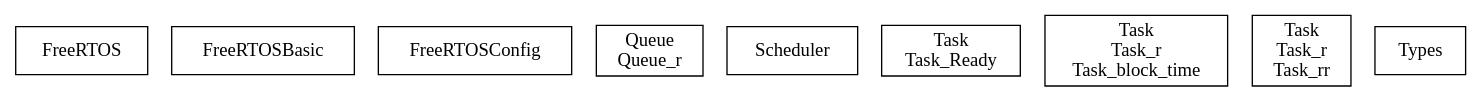
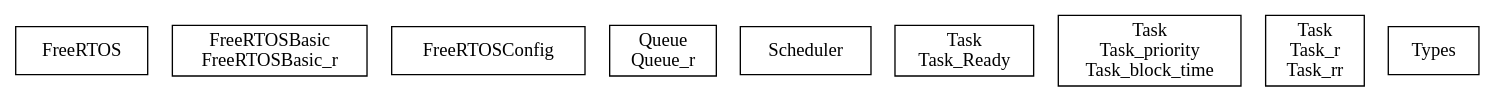
The diagram in FreeRTOS/bdp/FreeRTOS.dot (ismo1652/freertosb), drawn with Graphviz before and after one commit. The commit also changed 37 other files, not shown here.

Commit message:
Starting the specification of block time in the task

```diff
--- a/FreeRTOS/bdp/FreeRTOS.dot
+++ b/FreeRTOS/bdp/FreeRTOS.dot
@@ -1,12 +1,12 @@
 digraph {
 FreeRTOS [ label=" FreeRTOS " shape= box ]
-FreeRTOSBasic [ label=" FreeRTOSBasic " shape= box ]
+FreeRTOSBasic_r [ label=" FreeRTOSBasic\nFreeRTOSBasic_r " shape= box ]
 FreeRTOSConfig [ label=" FreeRTOSConfig " shape= box ]
 Queue_r [ label=" Queue\nQueue_r " shape= box ]
 Scheduler [ label=" Scheduler " shape= box ]
 Task_Ready [ label=" Task\nTask_Ready " shape= box ]
-Task_block_time [ label=" Task\nTask_r\nTask_block_time " shape= box ]
+Task_block_time [ label=" Task\nTask_priority\nTask_block_time " shape= box ]
 Task_rr [ label=" Task\nTask_r\nTask_rr " shape= box ]
 Types [ label=" Types " shape= box ]
 
 }
```
